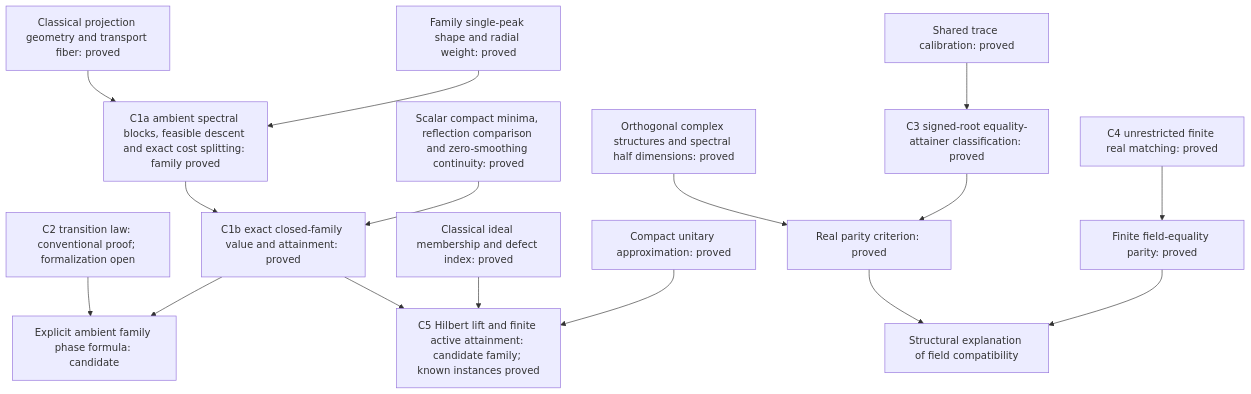
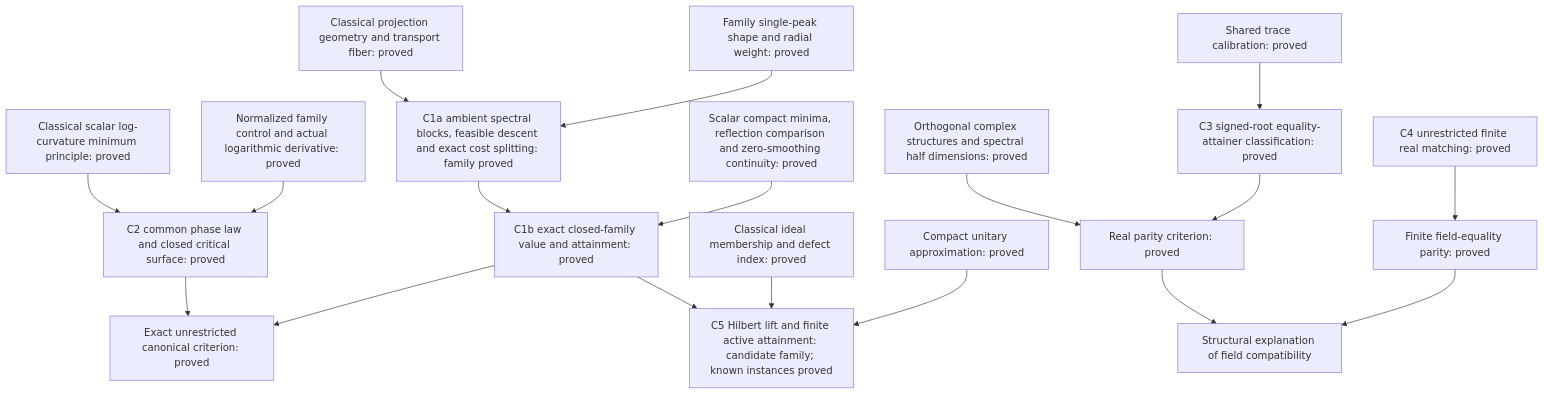
Before and after one commit to AIQ-Kitware/aiq-dkps-formalization: the diagram in dev/spectral-transport-publication-core.md, drawn with Mermaid. The commit also changed other lines of this file and 11 other files, not shown here.

First line of the commit message:
Prove the common phase law and unrestricted canonical transport criterion

````diff
--- a/dev/spectral-transport-publication-core.md
+++ b/dev/spectral-transport-publication-core.md
@@ -247,18 +278,20 @@
 ```mermaid
 flowchart TD
   G[Classical projection geometry and transport fiber: proved] --> D[C1a ambient spectral blocks, feasible descent and exact cost splitting: family proved]
   S[Family single-peak shape and radial weight: proved] --> D
   D --> F[C1b exact closed-family value and attainment: proved]
   B[Scalar compact minima, reflection comparison and zero-smoothing continuity: proved] --> F
-  C[C2 transition law: conventional proof; formalization open] --> A[Explicit ambient family phase formula: candidate]
+  P0[Classical scalar log-curvature minimum principle: proved] --> C[C2 common phase law and closed critical surface: proved]
+  N[Normalized family control and actual logarithmic derivative: proved] --> C
+  C --> A[Exact unrestricted canonical criterion: proved]
   F --> A
   F --> L[C5 Hilbert lift and finite active attainment: candidate family; known instances proved]
   I[Classical ideal membership and defect index: proved] --> L
   U[Compact unitary approximation: proved] --> L
   T[Shared trace calibration: proved] --> R[C3 signed-root equality-attainer classification: proved]
   J[Orthogonal complex structures and spectral half dimensions: proved] --> P[Real parity criterion: proved]
   R --> P
   M[C4 unrestricted finite real matching: proved] --> E[Finite field-equality parity: proved]
   P --> X[Structural explanation of field compatibility]
   E --> X
 ```
````
